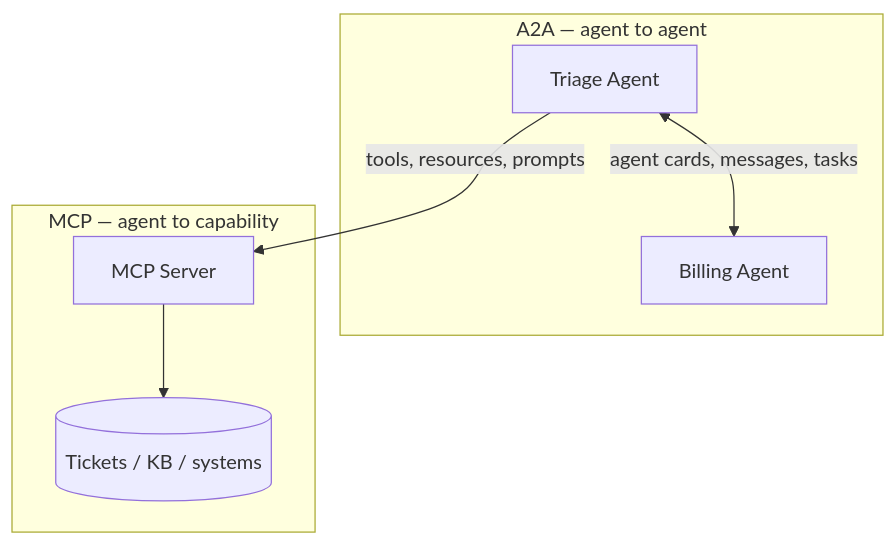
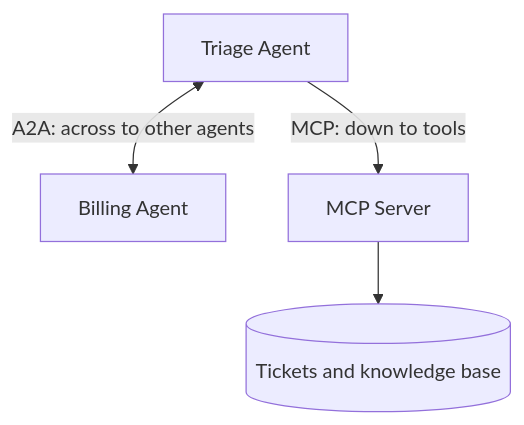
The diagram in docs/00-overview.md (CyberNautical/Hands-On-Agent-Protocol-Integration), drawn with Mermaid before and after one commit. The commit also changed other lines of this file and 9 other files, not shown here.

````diff
--- a/docs/00-overview.md
+++ b/docs/00-overview.md
@@ -26,10 +40,6 @@
 ```mermaid
 graph TD
-    subgraph horizontal["A2A — agent to agent"]
-        T[Triage Agent] <-->|"agent cards, messages, tasks"| B[Billing Agent]
-    end
-    subgraph vertical["MCP — agent to capability"]
-        T -->|"tools, resources, prompts"| M[MCP Server]
-        M --> S[(Tickets / KB / systems)]
-    end
+    T[Triage Agent] <-->|"A2A: across to other agents"| B[Billing Agent]
+    T -->|"MCP: down to tools"| M[MCP Server]
+    M --> S[(Tickets and knowledge base)]
 ```
````
